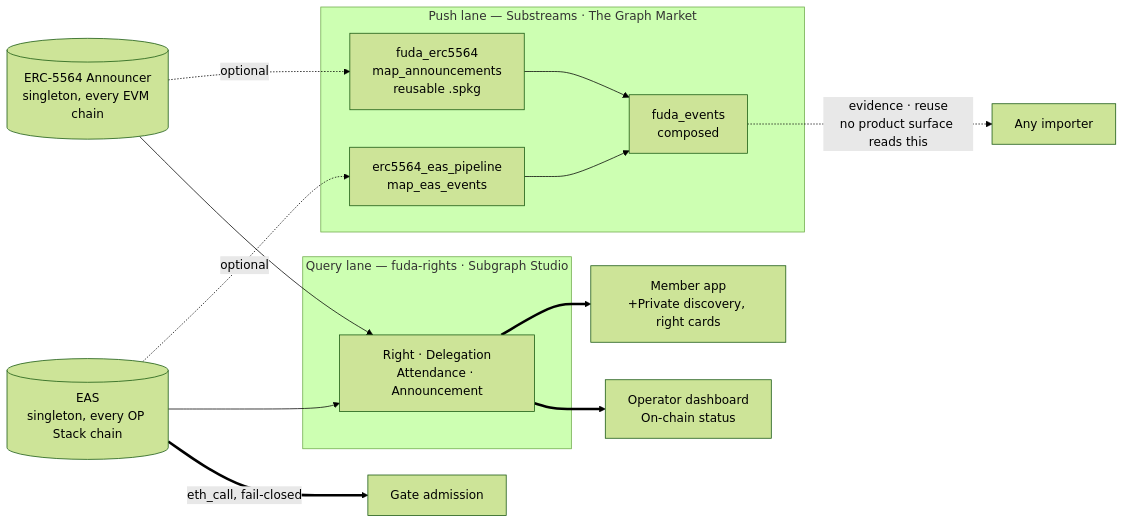
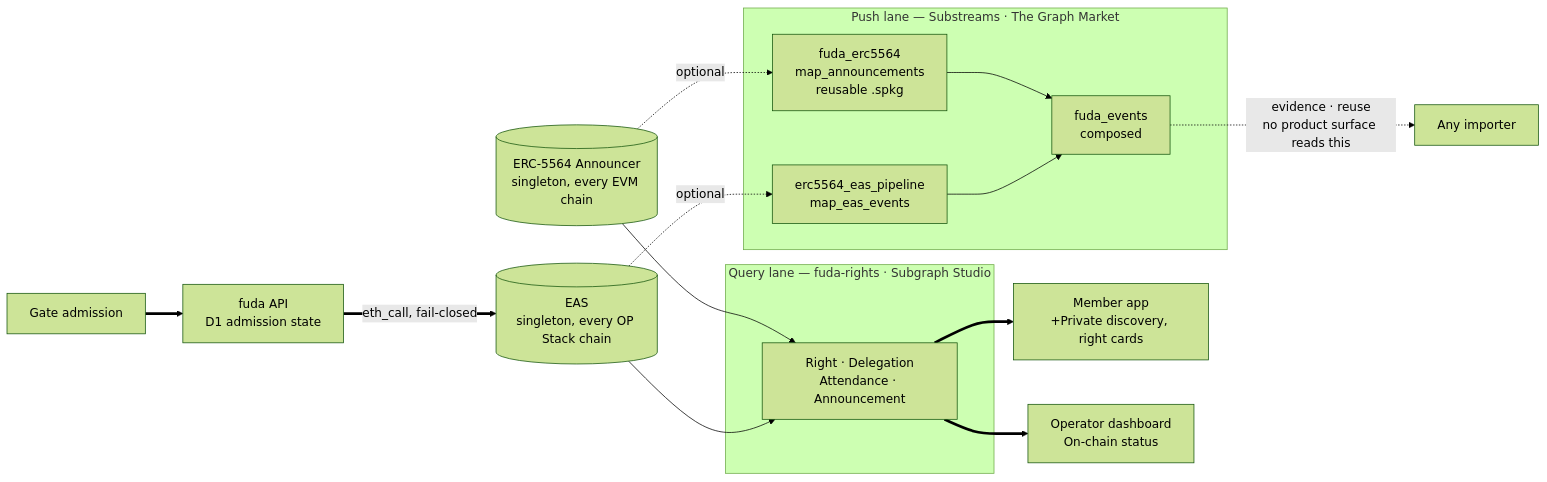
One commit to oboroxyz/fuda-sh changed the first of 3 diagrams in docs/integrations/thegraph.md. Above: the diagram before and after it, drawn with Mermaid (forest theme). The commit also changed other lines of this file and 1 other file, not shown here.

Commit message:
docs: verify private ENS resolution and clarify Graph integration

````diff
--- a/docs/integrations/thegraph.md
+++ b/docs/integrations/thegraph.md
@@ -9,28 +9,29 @@
 ```mermaid
 flowchart LR
     ANN[("ERC-5564 Announcer<br/>singleton, every EVM chain")]
     EAS[("EAS<br/>singleton, every OP Stack chain")]
 
     subgraph push["Push lane — Substreams · The Graph Market"]
         M1["fuda_erc5564<br/>map_announcements<br/>reusable .spkg"]
         M2["erc5564_eas_pipeline<br/>map_eas_events"]
         M3["fuda_events<br/>composed"]
         M1 --> M3
         M2 --> M3
     end
 
     subgraph query["Query lane — fuda-rights · Subgraph Studio"]
         SG["Right · Delegation<br/>Attendance · Announcement"]
     end
 
     ANN -. "optional" .-> M1
     EAS -. "optional" .-> M2
     ANN --> SG
     EAS --> SG
 
     SG ==> APP["Member app<br/>+Private discovery, right cards"]
     SG ==> DASH["Operator dashboard<br/>On-chain status"]
     M3 -. "evidence · reuse<br/>no product surface reads this" .-> ANYONE["Any importer"]
 
-    EAS ==>|"eth_call, fail-closed"| GATE["Gate admission"]
+    GATE["Gate admission"] ==> API["fuda API<br/>D1 admission state"]
+    API ==>|"eth_call, fail-closed"| EAS
 ```
````
